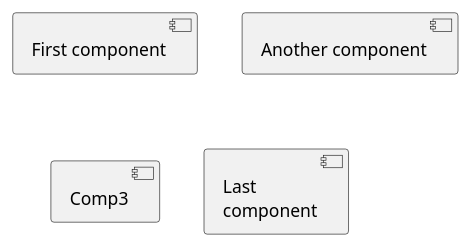
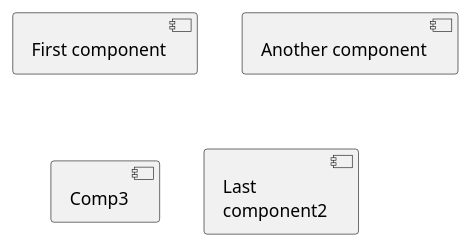
The diagram in diagrams/plantuml/test.pu (michalrzak/auditory-intention-decoding), drawn with PlantUML before and after one commit.

Commit message:
added small change to test diagram

```diff
--- a/diagrams/plantuml/test.pu
+++ b/diagrams/plantuml/test.pu
@@ -1,8 +1,8 @@
 @startuml
 
 [First component]
 [Another component] as Comp2  
 component Comp3
-component [Last\ncomponent] as Comp4
+component [Last\ncomponent2] as Comp4
 
 @enduml
```
